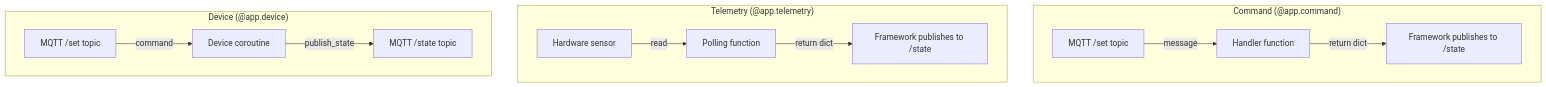
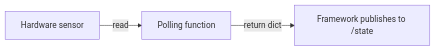
One commit to ff-fab/cosalette changed the second of 3 diagrams in docs/concepts/device-archetypes.md. Above: the diagram before and after it, drawn with Mermaid. The commit also changed other lines of this file and 33 other files, not shown here.

````diff
--- a/docs/concepts/device-archetypes.md
+++ b/docs/concepts/device-archetypes.md
@@ -21,15 +30,5 @@
-```mermaid
-graph TB
-    subgraph "Command (@app.command)"
-        A1[MQTT /set topic] -->|message| B1[Handler function]
-        B1 -->|return dict| C1[Framework publishes to /state]
-    end
-    subgraph "Telemetry (@app.telemetry)"
+    ```mermaid
+    graph LR
         D[Hardware sensor] -->|read| E[Polling function]
         E -->|return dict| F[Framework publishes to /state]
-    end
-    subgraph "Device (@app.device)"
-        A2[MQTT /set topic] -->|command| B2[Device coroutine]
-        B2 -->|publish_state| C2[MQTT /state topic]
-    end
-```
+    ```
````
